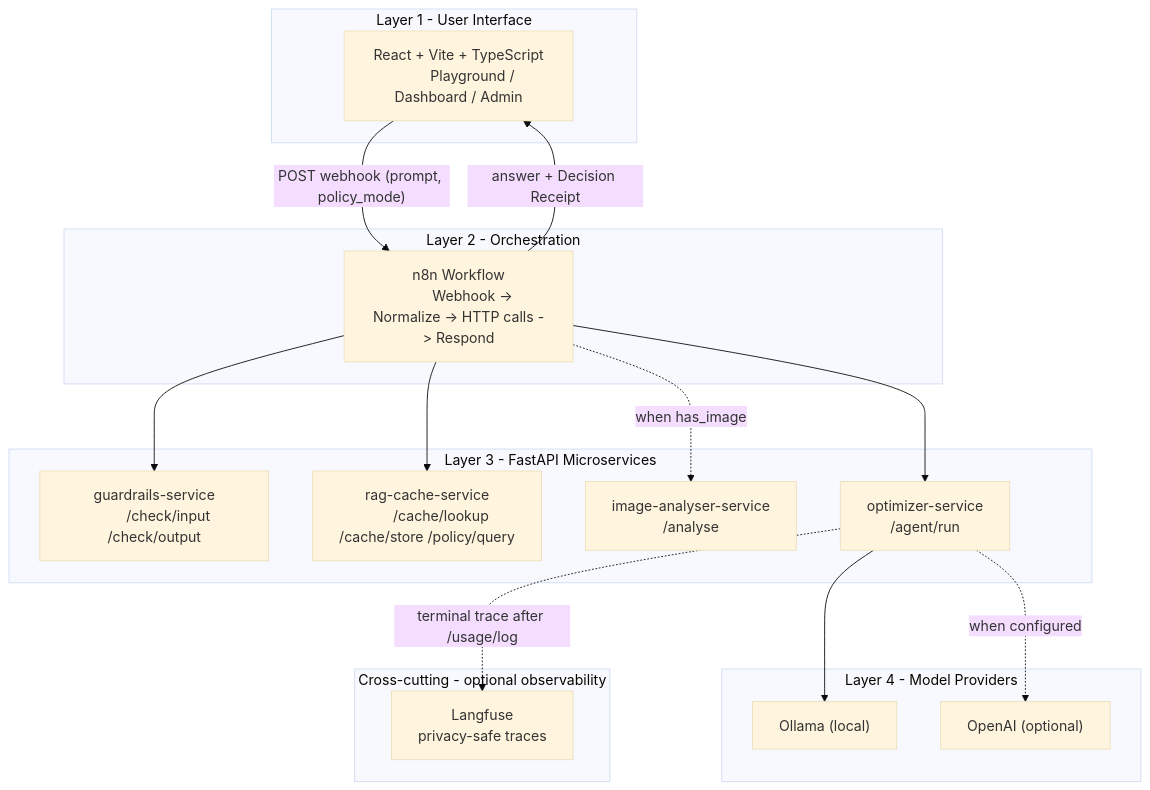
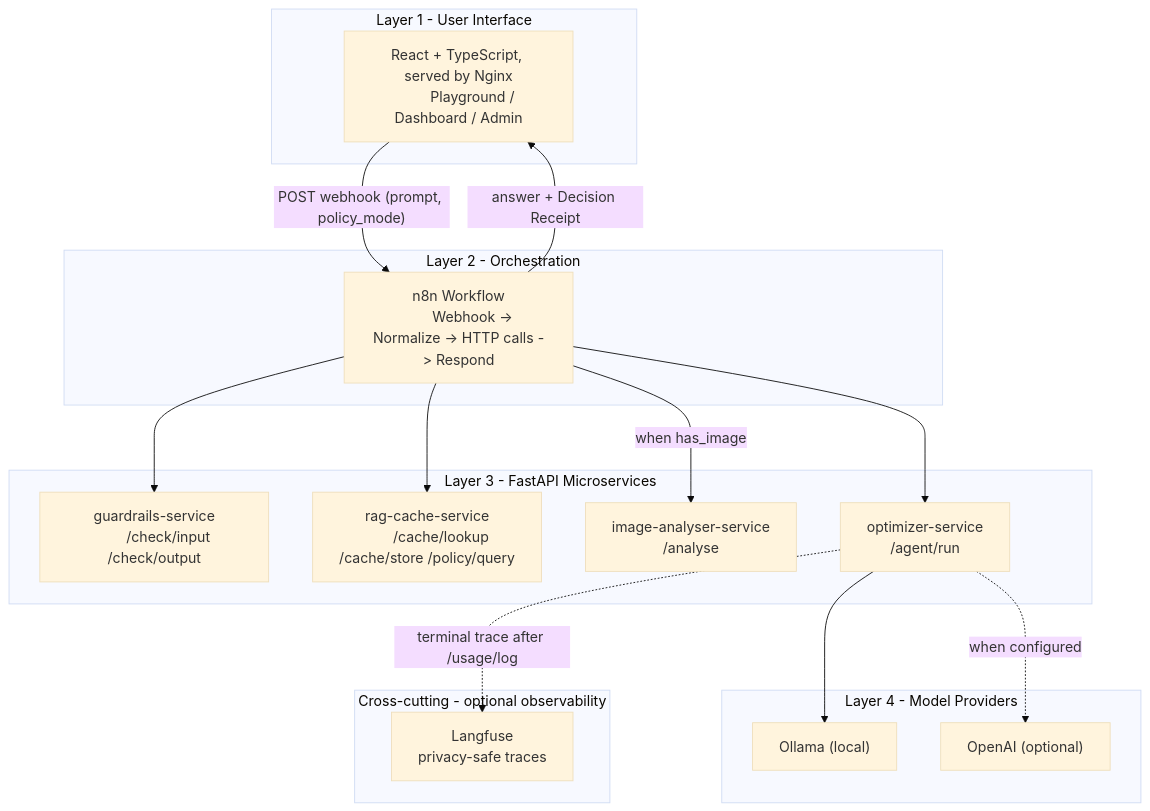
One commit to tomeryoel/tokenwise changed the first of 5 diagrams in docs/architecture.md. Above: the diagram before and after it, drawn with Mermaid (base theme). The commit also changed other lines of this file and 12 other files, not shown here.

````diff
--- a/docs/architecture.md
+++ b/docs/architecture.md
@@ -10,43 +10,43 @@
 ```mermaid
 flowchart TB
     subgraph L1 [Layer 1 - User Interface]
-        UI["React + Vite + TypeScript
+        UI["React + TypeScript, served by Nginx
         Playground / Dashboard / Admin"]
     end
 
     subgraph L2 [Layer 2 - Orchestration]
         N8N["n8n Workflow
         Webhook -> Normalize -> HTTP calls -> Respond"]
     end
 
     subgraph L3 [Layer 3 - FastAPI Microservices]
         GR["guardrails-service
         /check/input /check/output"]
         RAG["rag-cache-service
         /cache/lookup /cache/store /policy/query"]
         IMG["image-analyser-service
         /analyse"]
         OPT["optimizer-service
         /agent/run"]
     end
 
     subgraph L4 [Layer 4 - Model Providers]
         OLLAMA["Ollama (local)"]
         OPENAI["OpenAI (optional)"]
     end
 
     subgraph X [Cross-cutting - optional observability]
         LF["Langfuse
         privacy-safe traces"]
     end
 
     UI -->|"POST webhook (prompt, policy_mode)"| N8N
     N8N --> GR
     N8N --> RAG
     N8N --> OPT
-    N8N -. "when has_image" .-> IMG
+    N8N -->|"when has_image"| IMG
     OPT --> OLLAMA
     OPT -. "when configured" .-> OPENAI
     N8N -->|"answer + Decision Receipt"| UI
     OPT -. "terminal trace after /usage/log" .-> LF
 ```
````
